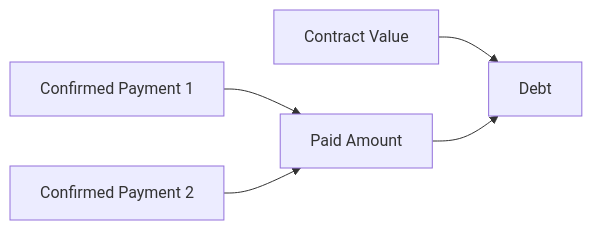
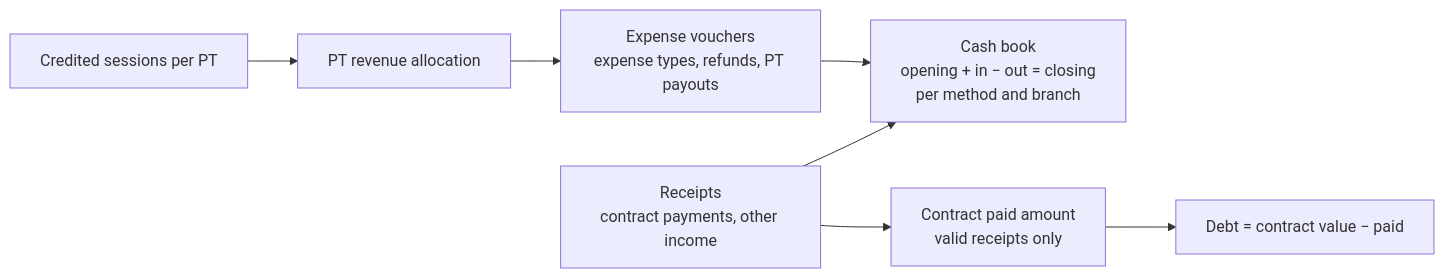
Before and after one commit to huynhviettuan/fitness-crm: the fourth of 5 diagrams in docs/02_BUSINESS_FLOW.md, drawn with Mermaid. The commit also changed other lines of this file and 32 other files, not shown here.

First line of the commit message:
Adopt brief v2: Flow Fitness CRM documentation package

````diff
--- a/docs/02_BUSINESS_FLOW.md
+++ b/docs/02_BUSINESS_FLOW.md
@@ -58,7 +109,9 @@
 ```mermaid
 flowchart LR
-    C[Contract Value] --> D[Debt]
-    P1[Confirmed Payment 1] --> P[Paid Amount]
-    P2[Confirmed Payment 2] --> P
-    P --> D
+    R[Receipts<br/>contract payments, other income] --> CB[Cash book<br/>opening + in − out = closing<br/>per method and branch]
+    X[Expense vouchers<br/>expense types, refunds, PT payouts] --> CB
+    R --> P[Contract paid amount<br/>valid receipts only]
+    P --> D[Debt = contract value − paid]
+    S[Credited sessions per PT] --> PA[PT revenue allocation]
+    PA --> X
 ```
````
